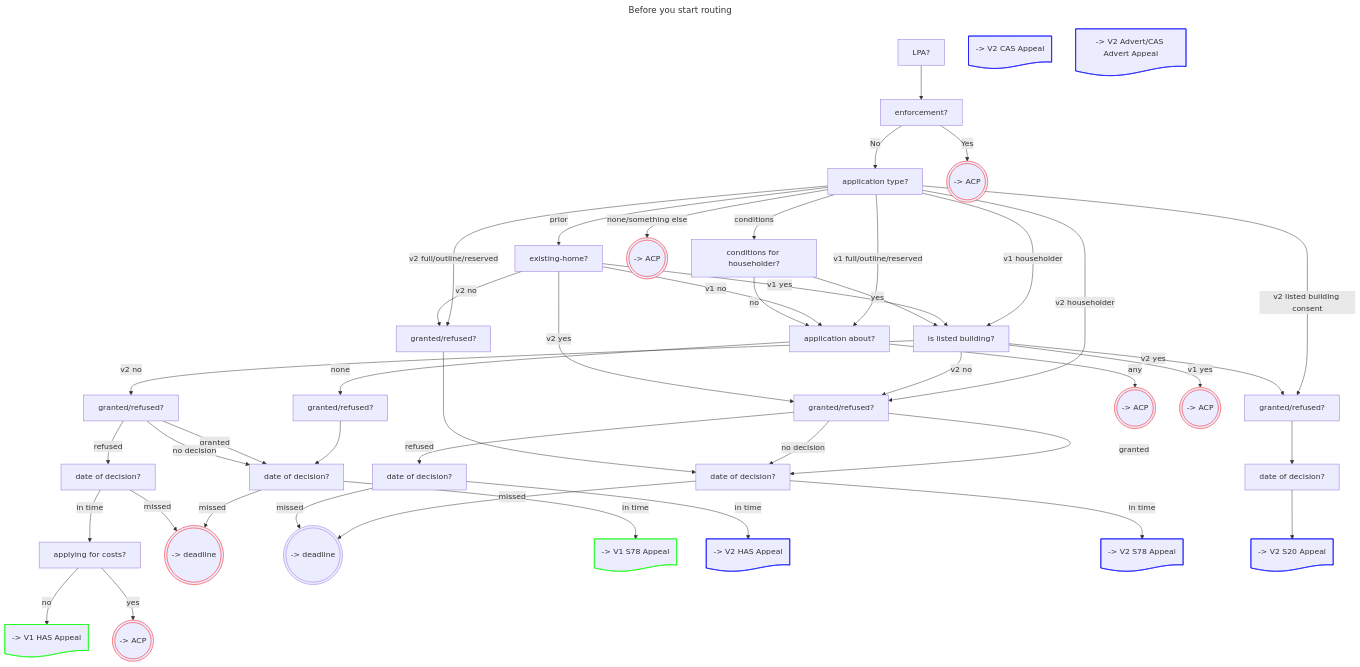
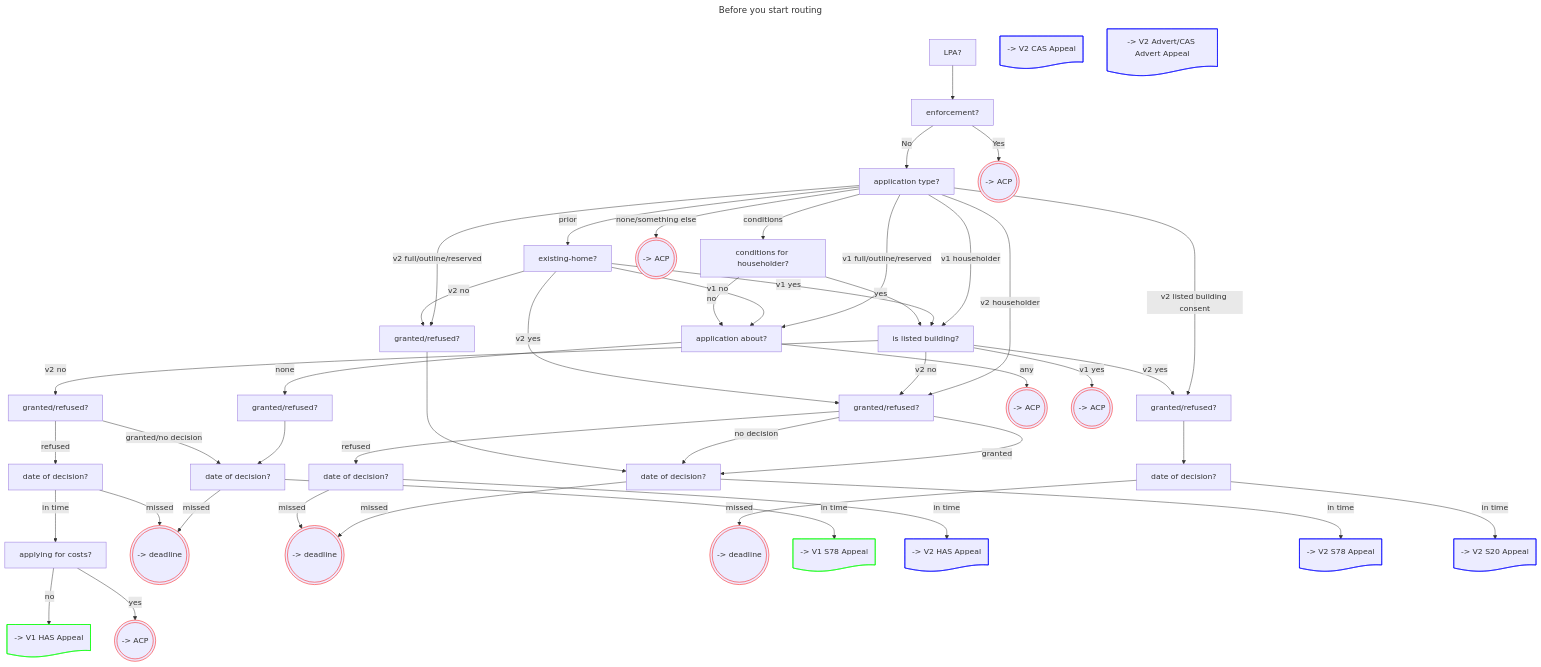
One commit to Planning-Inspectorate/appeal-planning-decision changed the diagram in docs/before-you-start.md. Above: the diagram before and after it, drawn with Mermaid.

```diff
--- a/docs/before-you-start.md
+++ b/docs/before-you-start.md
@@ -20,24 +20,27 @@
     refusedHouseHolder[granted/refused?]
     refusedHouseHolderV2[granted/refused?]
     refusedListedV2[granted/refused?]
+
+    %% simplified - no decision has different wording for date
     date[date of decision?]
     dateV2[date of decision?]
     dateHouseHolder[date of decision?]
     dateHouseHolderV2[date of decision?]
     dateListedV2[date of decision?]
 
-    %% forms multiple acp nodes to simplify graph rendering
+    %% Exit paths, multiple acp nodes to simplify graph rendering
     deadline(((-> deadline)))
     deadline2(((-> deadline)))
-    style deadline stroke:#ff0000,stroke-width:1px
+    deadline3(((-> deadline)))
     acp(((-> ACP)))
     acp2(((-> ACP)))
     acp3(((-> ACP)))
     acp4(((-> ACP)))
     acp5(((-> ACP)))
-    classDef acpStyle stroke:#ff0000,stroke-width:1px;
-    class acp,acp2,acp3,acp4,acp5 acpStyle;
+    classDef exitStyle stroke:#ff0000,stroke-width:1px;
+    class acp,acp2,acp3,acp4,acp5,deadline,deadline2,deadline3 exitStyle;
 
+    %% Forms
     v1HAS@{ shape: doc, label: "-> V1 HAS Appeal" }
     v1S78@{ shape: doc, label: "-> V1 S78 Appeal" }
     v2HAS@{ shape: doc, label: "-> V2 HAS Appeal" }
@@ -74,8 +77,7 @@
 
     refused --> date
 
-    refusedHouseHolder -- granted --> date
-    refusedHouseHolder -- no decision --> date
+    refusedHouseHolder -- granted/no decision --> date
     refusedHouseHolder -- refused --> dateHouseHolder
 
     date -- missed --> deadline
@@ -111,7 +113,8 @@
     dateV2 -- missed --> deadline2
     dateV2 -- in time --> v2S78
 
-    dateListedV2 --> v2S20
+    dateListedV2 -- missed --> deadline3
+    dateListedV2 -- in time --> v2S20
 
     dateHouseHolderV2 -- in time --> v2HAS
     dateHouseHolderV2 -- missed --> deadline2
```
